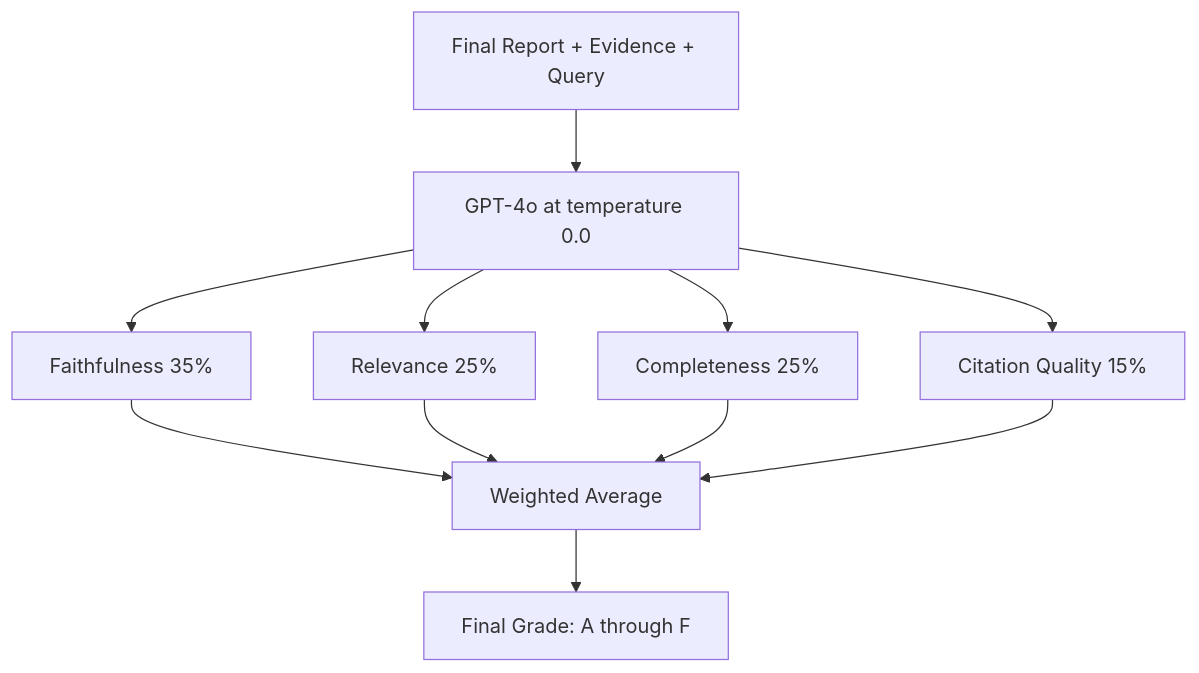
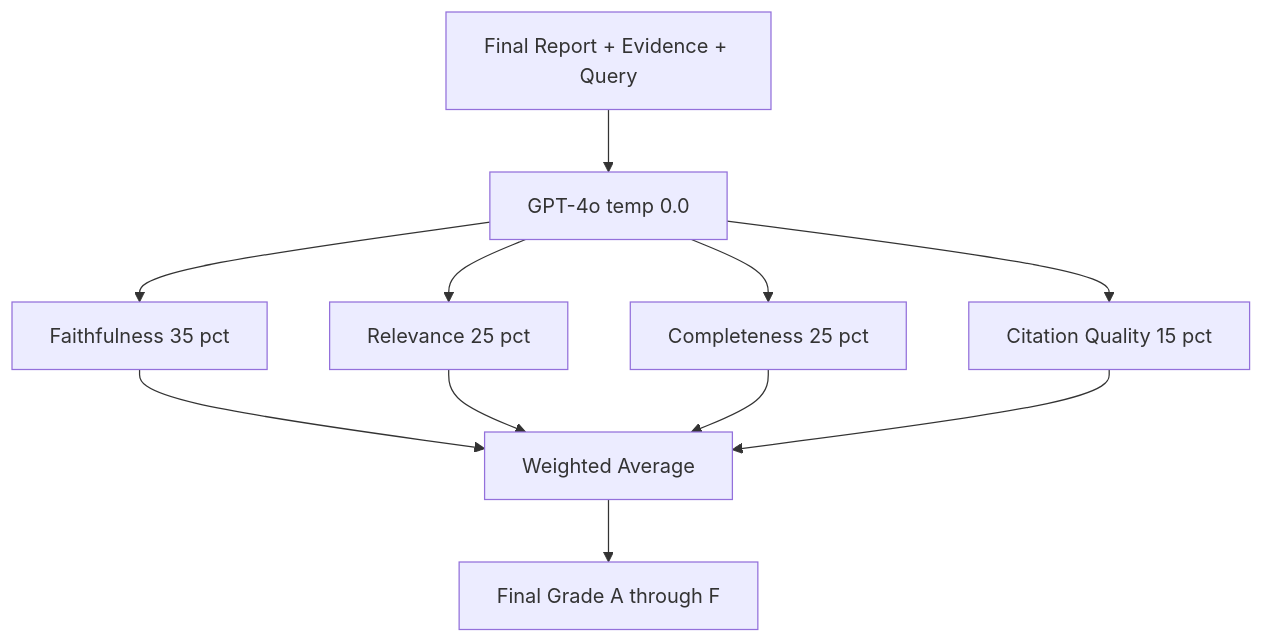
One commit to aspunith/MultAgent-Strategic-Intelligence-System changed the fourth of 6 diagrams in README.md. Above: the diagram before and after it, drawn with Mermaid. The commit also changed other lines of this file, not shown here.

Commit message:
Fix all 6 Mermaid diagrams for GitHub: remove quotes, special chars, simplify nodes

````diff
--- a/README.md
+++ b/README.md
@@ -411,16 +401,13 @@
 ```mermaid
 graph TB
-    INPUT["Final Report + Evidence + Query"] --> JUDGE["GPT-4o at temperature 0.0"]
-    
-    JUDGE --> F["Faithfulness 35%"]
-    JUDGE --> R["Relevance 25%"]
-    JUDGE --> C["Completeness 25%"]
-    JUDGE --> Q["Citation Quality 15%"]
-    
-    F --> AGG["Weighted Average"]
+    INPUT[Final Report + Evidence + Query] --> JUDGE[GPT-4o temp 0.0]
+    JUDGE --> F[Faithfulness 35 pct]
+    JUDGE --> R[Relevance 25 pct]
+    JUDGE --> C[Completeness 25 pct]
+    JUDGE --> Q[Citation Quality 15 pct]
+    F --> AGG[Weighted Average]
     R --> AGG
     C --> AGG
     Q --> AGG
-    
-    AGG --> GRADE["Final Grade: A through F"]
+    AGG --> GRADE[Final Grade A through F]
 ```
````
